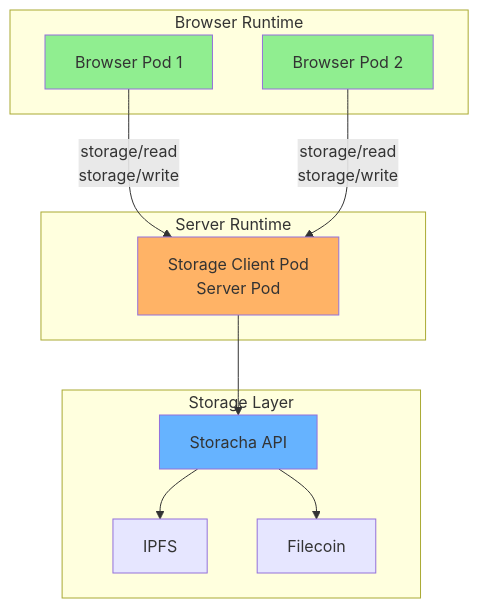
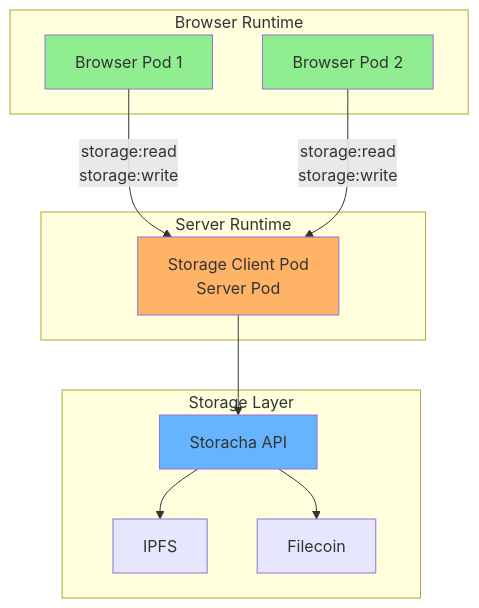
The diagram in docs/browsermesh/specs/extensions/storage-integration.md (johnhenry/clawser), drawn with Mermaid before and after one commit. The commit also changed other lines of this file and 192 other files, not shown here.

````diff
--- a/docs/browsermesh/specs/extensions/storage-integration.md
+++ b/docs/browsermesh/specs/extensions/storage-integration.md
@@ -17,30 +17,30 @@
 ```mermaid
 graph TD
     subgraph Browser["Browser Runtime"]
         BP1[Browser Pod 1]
         BP2[Browser Pod 2]
     end
 
     subgraph Server["Server Runtime"]
         SP[Storage Client Pod<br/>Server Pod]
     end
 
     subgraph Storage["Storage Layer"]
         SA[Storacha API]
         IPFS[IPFS]
         FIL[Filecoin]
     end
 
-    BP1 -->|"storage/read<br/>storage/write"| SP
-    BP2 -->|"storage/read<br/>storage/write"| SP
+    BP1 -->|"storage:read<br/>storage:write"| SP
+    BP2 -->|"storage:read<br/>storage:write"| SP
     SP --> SA
     SA --> IPFS
     SA --> FIL
 
     style BP1 fill:#90EE90
     style BP2 fill:#90EE90
     style SP fill:#FFB366
     style SA fill:#66B3FF
     style IPFS fill:#E6E6FF
     style FIL fill:#E6E6FF
 ```
````
